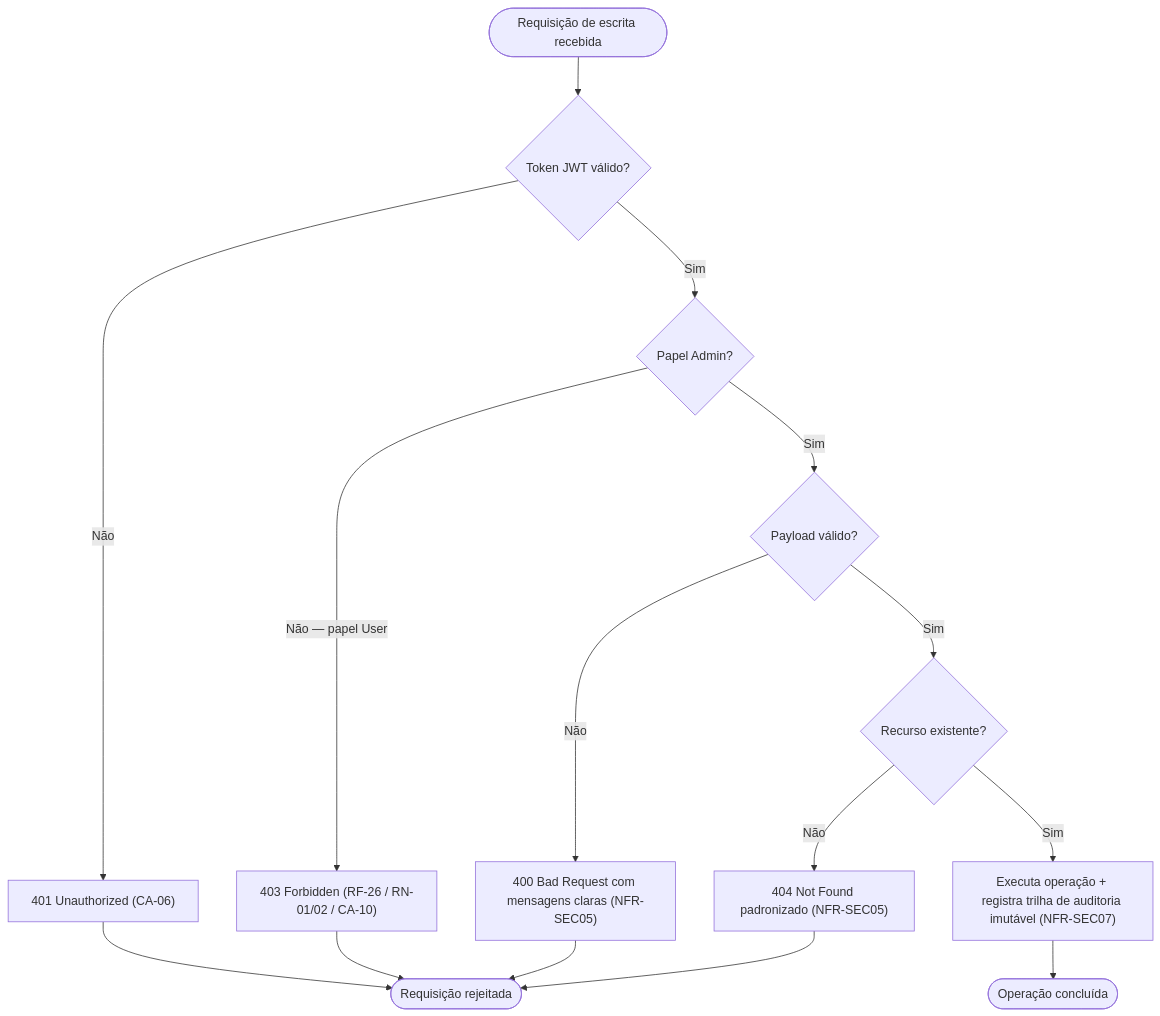
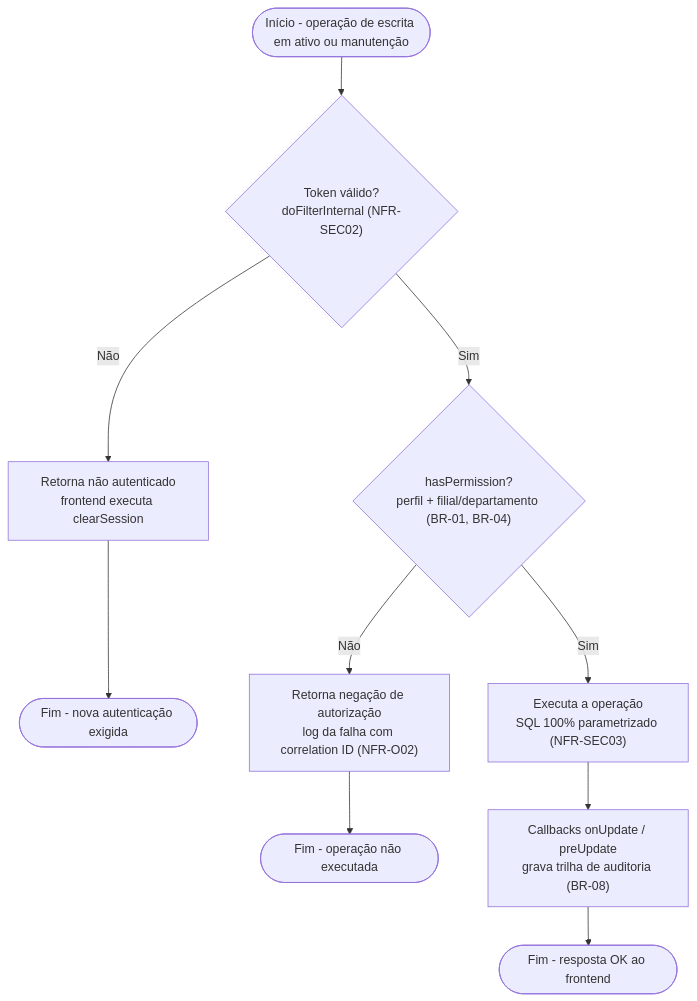
The ninth of 10 diagrams in docs/03-architecture/uml-diagrams.md (diogo-rp-menezes/aegispatrimonio), drawn with Mermaid before and after one commit. The commit also changed other lines of this file and 49 other files, not shown here.

````diff
--- a/docs/03-architecture/uml-diagrams.md
+++ b/docs/03-architecture/uml-diagrams.md
@@ -290,17 +282,12 @@
 ```mermaid
 flowchart TD
-    Start([Requisição de escrita recebida]) --> Auth{Token JWT válido?}
-    Auth -->|"Não"| R401["401 Unauthorized (CA-06)"]
-    Auth -->|"Sim"| Role{Papel Admin?}
-    Role -->|"Não — papel User"| R403["403 Forbidden (RF-26 / RN-01/02 / CA-10)"]
-    Role -->|"Sim"| Val{Payload válido?}
-    Val -->|"Não"| R400["400 Bad Request com mensagens claras (NFR-SEC05)"]
-    Val -->|"Sim"| Exists{Recurso existente?}
-    Exists -->|"Não"| R404["404 Not Found padronizado (NFR-SEC05)"]
-    Exists -->|"Sim"| Exec["Executa operação + registra trilha de auditoria imutável (NFR-SEC07)"]
-    Exec --> Ok([Operação concluída])
-    R401 --> Rej([Requisição rejeitada])
-    R403 --> Rej
-    R400 --> Rej
-    R404 --> Rej
+    Start(["Início - operação de escrita em ativo ou manutenção"]) --> Auth{"Token válido?<br>doFilterInternal (NFR-SEC02)"}
+    Auth -->|"Não"| R401["Retorna não autenticado<br>frontend executa clearSession"]
+    R401 --> End1(["Fim - nova autenticação exigida"])
+    Auth -->|"Sim"| Rbac{"hasPermission?<br>perfil + filial/departamento (BR-01, BR-04)"}
+    Rbac -->|"Não"| R403["Retorna negação de autorização<br>log da falha com correlation ID (NFR-O02)"]
+    R403 --> End2(["Fim - operação não executada"])
+    Rbac -->|"Sim"| Exec["Executa a operação<br>SQL 100% parametrizado (NFR-SEC03)"]
+    Exec --> Audit["Callbacks onUpdate / preUpdate<br>grava trilha de auditoria (BR-08)"]
+    Audit --> End3(["Fim - resposta OK ao frontend"])
 ```
````
